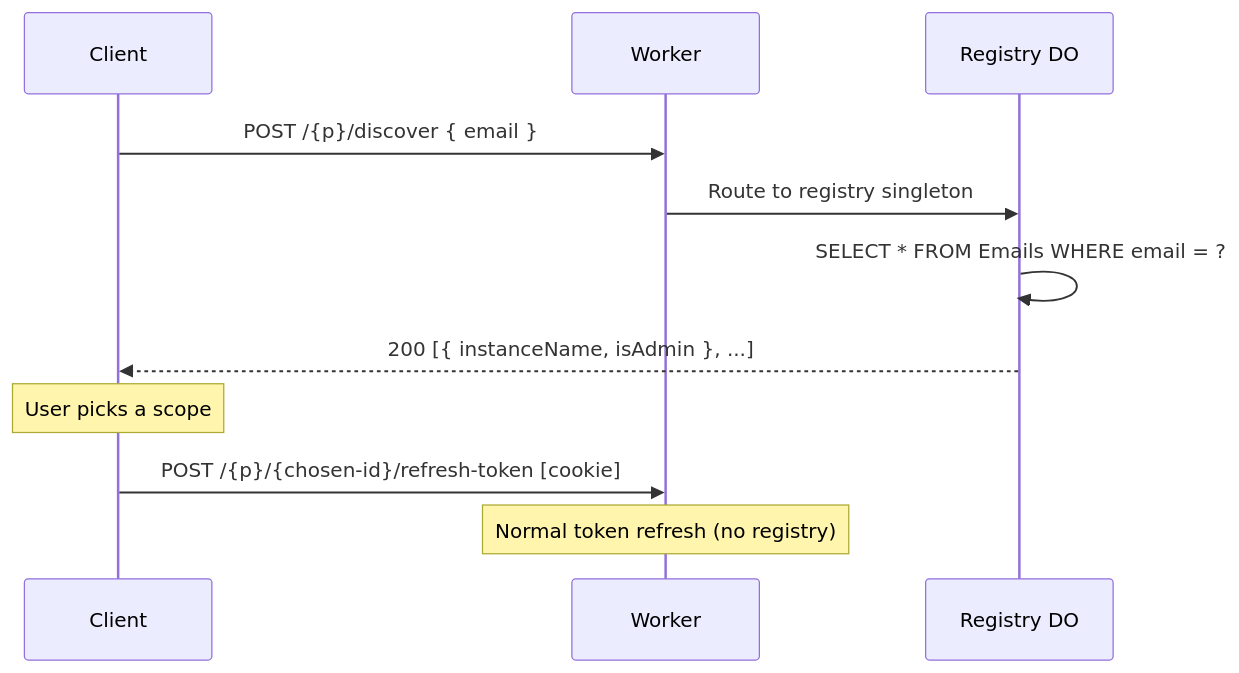
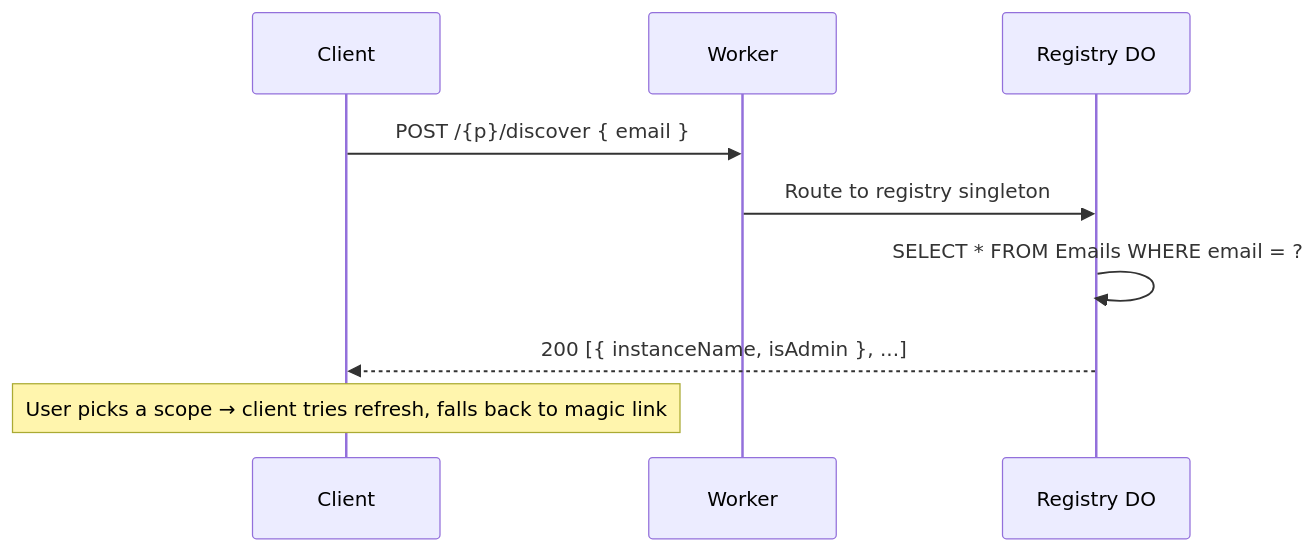
The fifth of 8 diagrams in tasks/nebula-auth.md (lumenize/lumenize), drawn with Mermaid before and after one commit. The commit also changed other lines of this file and 5 other files, not shown here.

````diff
--- a/tasks/nebula-auth.md
+++ b/tasks/nebula-auth.md
@@ -242,15 +256,13 @@
 ```mermaid
 sequenceDiagram
     participant C as Client
     participant W as Worker
     participant R as Registry DO
 
     C->>W: POST /{p}/discover { email }
     W->>R: Route to registry singleton
     R->>R: SELECT * FROM Emails WHERE email = ?
     R-->>C: 200 [{ instanceName, isAdmin }, ...]
 
-    Note over C: User picks a scope
-    C->>W: POST /{p}/{chosen-id}/refresh-token [cookie]
-    Note over W: Normal token refresh (no registry)
+    Note over C: User picks a scope → client tries refresh, falls back to magic link
 ```
````
